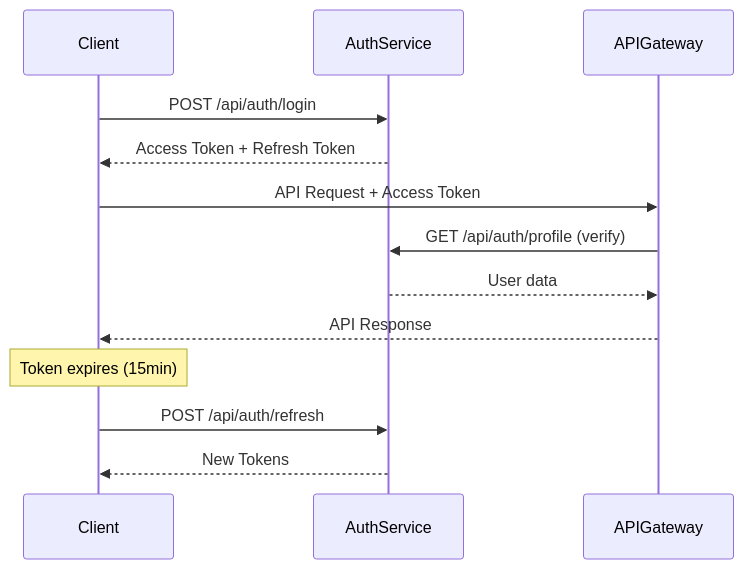
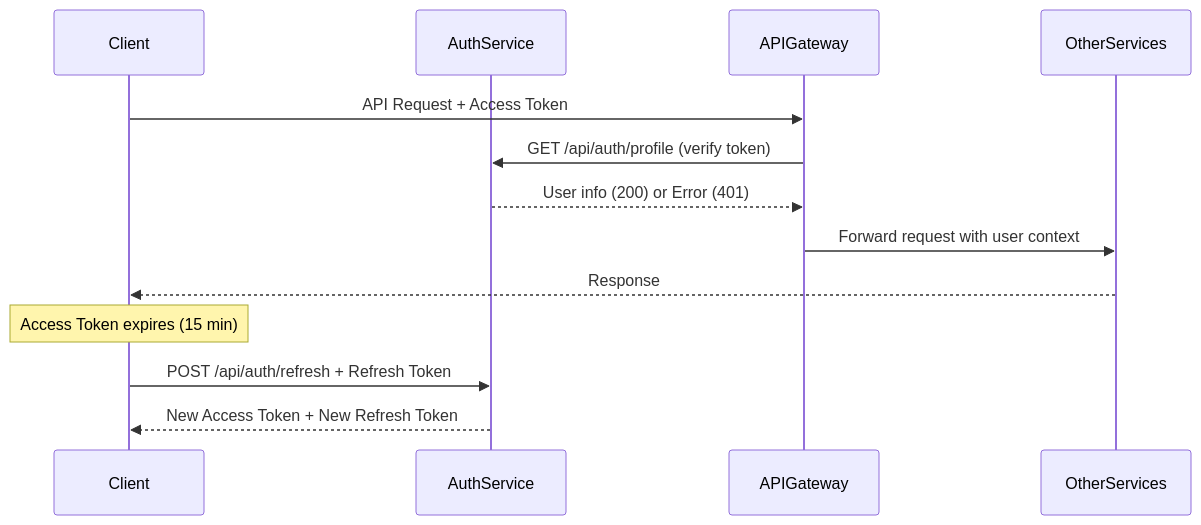
The second of 2 diagrams in hospital-management-backend/auth-service/README.md (phubanh0208/hospital-management-system), drawn with Mermaid before and after one commit. The commit also changed other lines of this file, not shown here.

Commit message:
Readme auth

````diff
--- a/hospital-management-backend/auth-service/README.md
+++ b/hospital-management-backend/auth-service/README.md
@@ -180,19 +199,18 @@
 ```mermaid
 sequenceDiagram
     participant Client
     participant AuthService
     participant APIGateway
-    
-    Client->>AuthService: POST /api/auth/login
-    AuthService-->>Client: Access Token + Refresh Token
+    participant OtherServices
     
     Client->>APIGateway: API Request + Access Token
-    APIGateway->>AuthService: GET /api/auth/profile (verify)
-    AuthService-->>APIGateway: User data
-    APIGateway-->>Client: API Response
+    APIGateway->>AuthService: GET /api/auth/profile (verify token)
+    AuthService-->>APIGateway: User info (200) or Error (401)
+    APIGateway->>OtherServices: Forward request with user context
+    OtherServices-->>Client: Response
     
-    Note over Client: Token expires (15min)
+    Note over Client: Access Token expires (15 min)
     
-    Client->>AuthService: POST /api/auth/refresh
-    AuthService-->>Client: New Tokens
+    Client->>AuthService: POST /api/auth/refresh + Refresh Token
+    AuthService-->>Client: New Access Token + New Refresh Token
 ```
````
